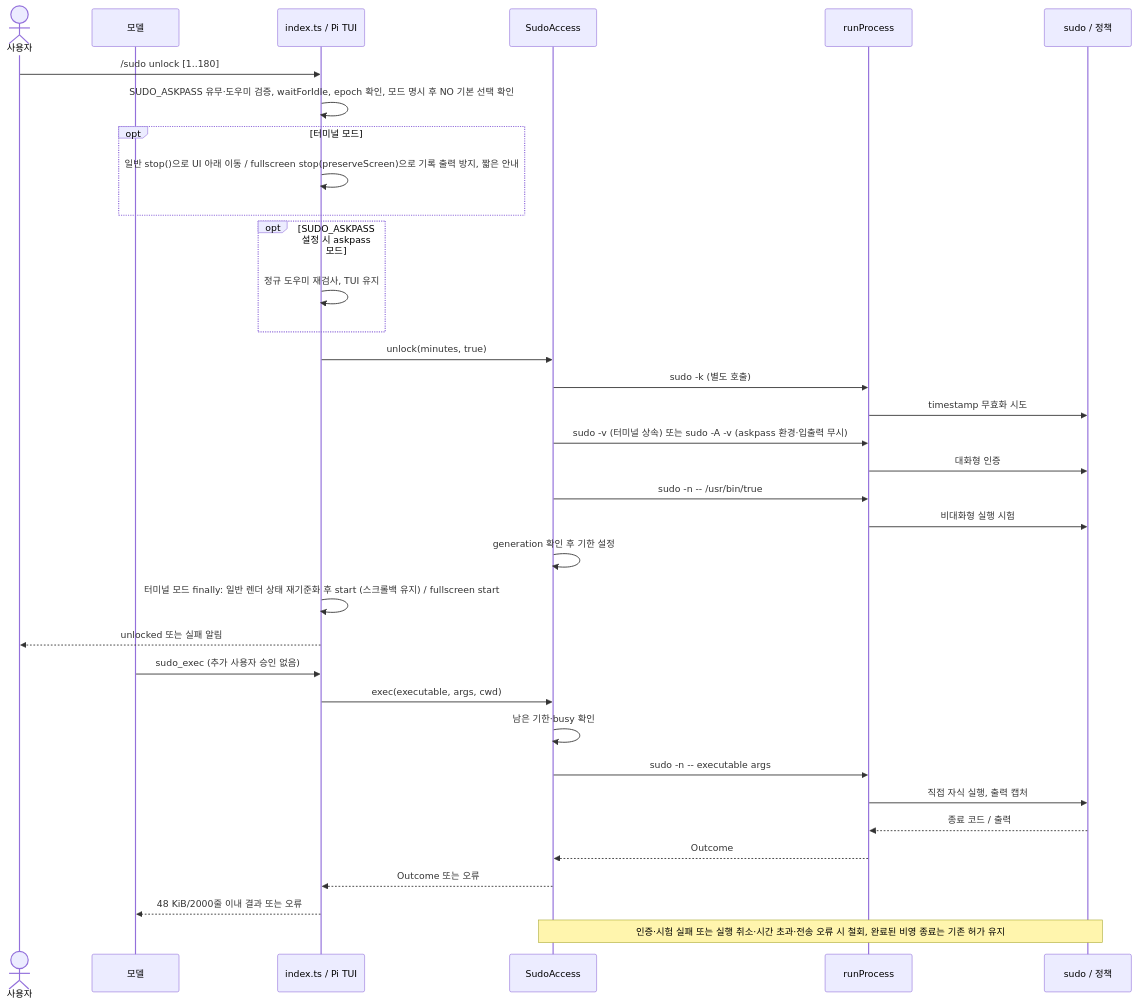
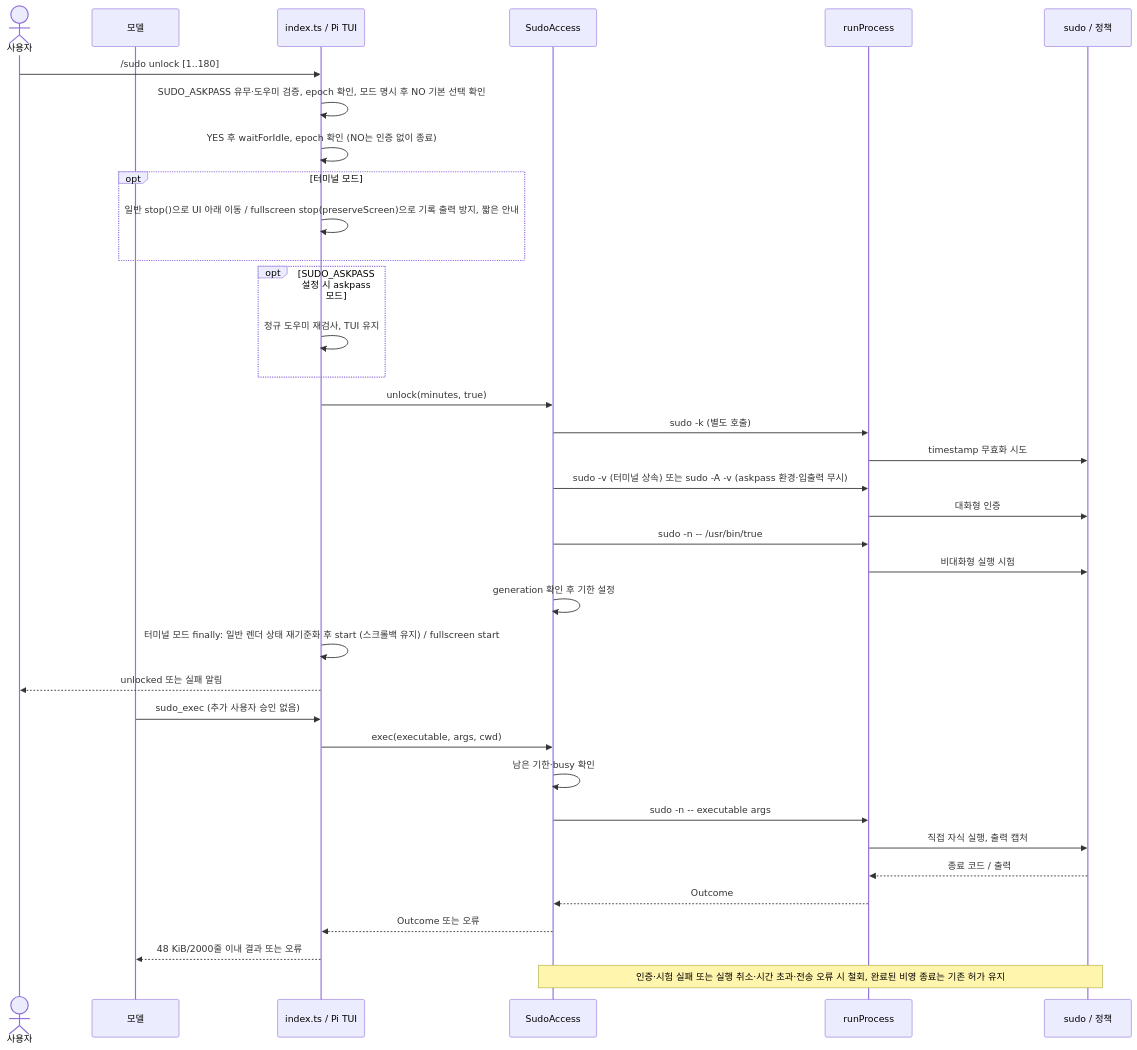
The diagram in docs/diagram/auth-exec.mmd (spi-ca/pi-sudo), drawn with Mermaid before and after one commit. The commit also changed 12 other files, not shown here.

```diff
--- a/docs/diagram/auth-exec.mmd
+++ b/docs/diagram/auth-exec.mmd
@@ -1,35 +1,36 @@
 sequenceDiagram
     actor User as 사용자
     participant Model as 모델
     participant Entry as index.ts / Pi TUI
     participant Access as SudoAccess
     participant Proc as runProcess
     participant OS as sudo / 정책
     User->>Entry: /sudo unlock [1..180]
-    Entry->>Entry: SUDO_ASKPASS 유무·도우미 검증, waitForIdle, epoch 확인, 모드 명시 후 NO 기본 선택 확인
+    Entry->>Entry: SUDO_ASKPASS 유무·도우미 검증, epoch 확인, 모드 명시 후 NO 기본 선택 확인
+    Entry->>Entry: YES 후 waitForIdle, epoch 확인 (NO는 인증 없이 종료)
     opt 터미널 모드
         Entry->>Entry: 일반 stop()으로 UI 아래 이동 / fullscreen stop(preserveScreen)으로 기록 출력 방지, 짧은 안내
     end
     opt SUDO_ASKPASS 설정 시 askpass 모드
         Entry->>Entry: 정규 도우미 재검사, TUI 유지
     end
     Entry->>Access: unlock(minutes, true)
     Access->>Proc: sudo -k (별도 호출)
     Proc->>OS: timestamp 무효화 시도
     Access->>Proc: sudo -v (터미널 상속) 또는 sudo -A -v (askpass 환경·입출력 무시)
     Proc->>OS: 대화형 인증
     Access->>Proc: sudo -n -- /usr/bin/true
     Proc->>OS: 비대화형 실행 시험
     Access->>Access: generation 확인 후 기한 설정
     Entry->>Entry: 터미널 모드 finally: 일반 렌더 상태 재기준화 후 start (스크롤백 유지) / fullscreen start
     Entry-->>User: unlocked 또는 실패 알림
     Model->>Entry: sudo_exec (추가 사용자 승인 없음)
     Entry->>Access: exec(executable, args, cwd)
     Access->>Access: 남은 기한·busy 확인
     Access->>Proc: sudo -n -- executable args
     Proc->>OS: 직접 자식 실행, 출력 캡처
     OS-->>Proc: 종료 코드 / 출력
     Proc-->>Access: Outcome
     Access-->>Entry: Outcome 또는 오류
     Entry-->>Model: 48 KiB/2000줄 이내 결과 또는 오류
     Note over Access,OS: 인증·시험 실패 또는 실행 취소·시간 초과·전송 오류 시 철회, 완료된 비영 종료는 기존 허가 유지
```
